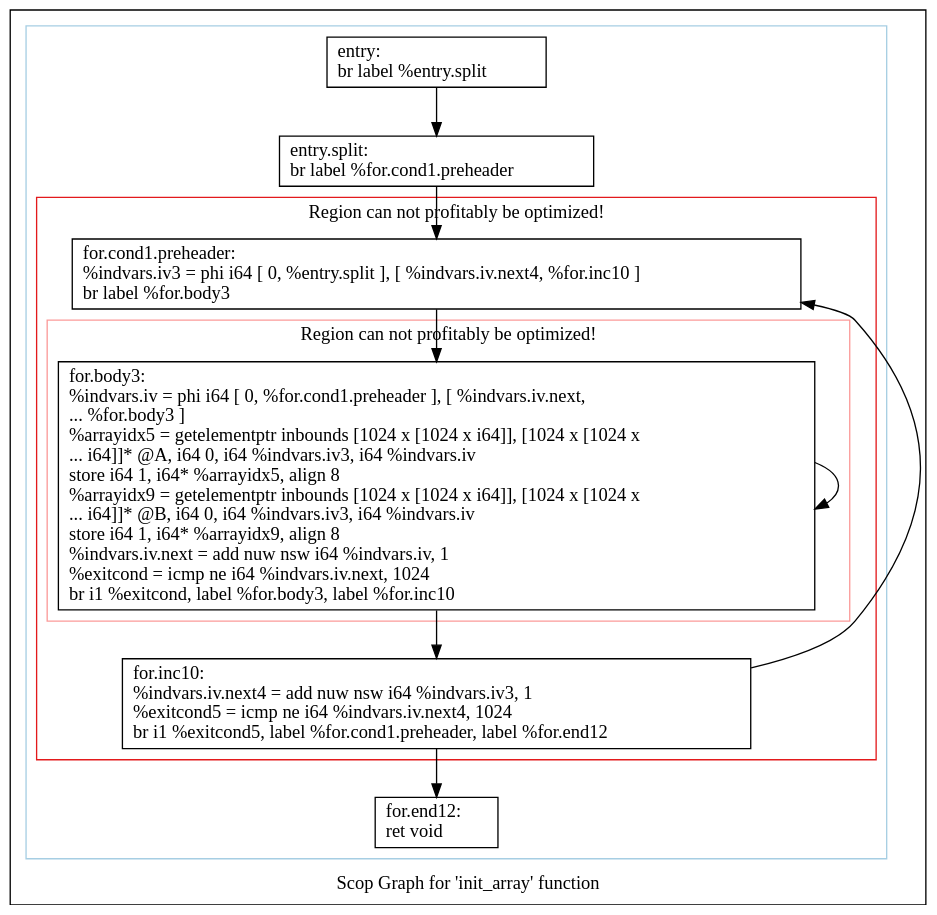
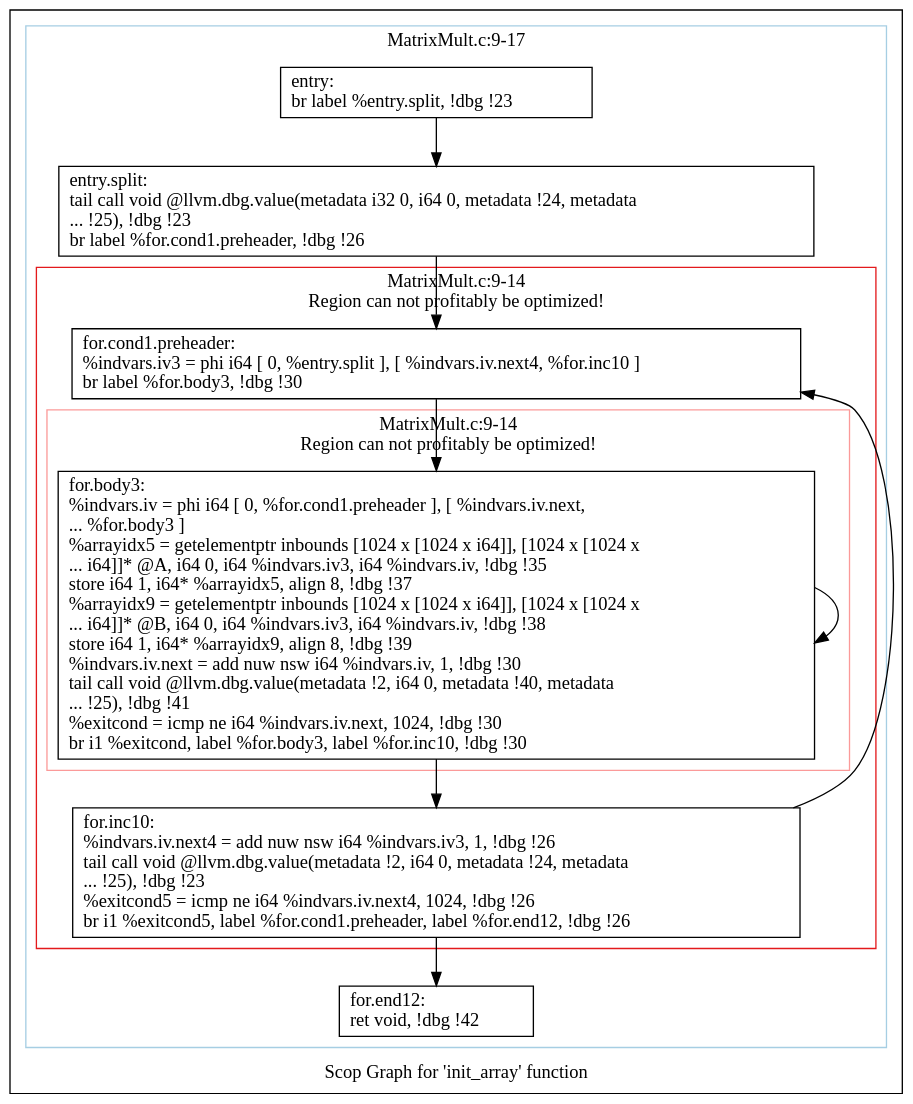
The diagram in polly/MatrixMult/impl/handwritten/dot/scops.init_array.dot (samminweng/WhileyOpenCL), drawn with Graphviz before and after one commit. The commit also changed 63 other files, not shown here.

```diff
--- a/polly/MatrixMult/impl/handwritten/dot/scops.init_array.dot
+++ b/polly/MatrixMult/impl/handwritten/dot/scops.init_array.dot
@@ -1,39 +1,42 @@
 digraph "Scop Graph for 'init_array' function" {
 	label="Scop Graph for 'init_array' function";
 
-	Node0x552d720 [shape=record,label="{entry:\l  br label %entry.split\l}"];
-	Node0x552d720 -> Node0x552e2d0;
-	Node0x552e2d0 [shape=record,label="{entry.split:                                      \l  br label %for.cond1.preheader\l}"];
-	Node0x552e2d0 -> Node0x552e2a0;
-	Node0x552e2a0 [shape=record,label="{for.cond1.preheader:                              \l  %indvars.iv3 = phi i64 [ 0, %entry.split ], [ %indvars.iv.next4, %for.inc10 ]\l  br label %for.body3\l}"];
-	Node0x552e2a0 -> Node0x552e3c0;
-	Node0x552e3c0 [shape=record,label="{for.body3:                                        \l  %indvars.iv = phi i64 [ 0, %for.cond1.preheader ], [ %indvars.iv.next,\l... %for.body3 ]\l  %arrayidx5 = getelementptr inbounds [1024 x [1024 x i64]], [1024 x [1024 x\l... i64]]* @A, i64 0, i64 %indvars.iv3, i64 %indvars.iv\l  store i64 1, i64* %arrayidx5, align 8\l  %arrayidx9 = getelementptr inbounds [1024 x [1024 x i64]], [1024 x [1024 x\l... i64]]* @B, i64 0, i64 %indvars.iv3, i64 %indvars.iv\l  store i64 1, i64* %arrayidx9, align 8\l  %indvars.iv.next = add nuw nsw i64 %indvars.iv, 1\l  %exitcond = icmp ne i64 %indvars.iv.next, 1024\l  br i1 %exitcond, label %for.body3, label %for.inc10\l}"];
-	Node0x552e3c0 -> Node0x552e3c0[constraint=false];
-	Node0x552e3c0 -> Node0x552e3e0;
-	Node0x552e3e0 [shape=record,label="{for.inc10:                                        \l  %indvars.iv.next4 = add nuw nsw i64 %indvars.iv3, 1\l  %exitcond5 = icmp ne i64 %indvars.iv.next4, 1024\l  br i1 %exitcond5, label %for.cond1.preheader, label %for.end12\l}"];
-	Node0x552e3e0 -> Node0x552e2a0[constraint=false];
-	Node0x552e3e0 -> Node0x552dbe0;
-	Node0x552dbe0 [shape=record,label="{for.end12:                                        \l  ret void\l}"];
+	Node0x5de7280 [shape=record,label="{entry:\l  br label %entry.split, !dbg !23\l}"];
+	Node0x5de7280 -> Node0x5de1830;
+	Node0x5de1830 [shape=record,label="{entry.split:                                      \l  tail call void @llvm.dbg.value(metadata i32 0, i64 0, metadata !24, metadata\l... !25), !dbg !23\l  br label %for.cond1.preheader, !dbg !26\l}"];
+	Node0x5de1830 -> Node0x5ddbc90;
+	Node0x5ddbc90 [shape=record,label="{for.cond1.preheader:                              \l  %indvars.iv3 = phi i64 [ 0, %entry.split ], [ %indvars.iv.next4, %for.inc10 ]\l  br label %for.body3, !dbg !30\l}"];
+	Node0x5ddbc90 -> Node0x5dd8060;
+	Node0x5dd8060 [shape=record,label="{for.body3:                                        \l  %indvars.iv = phi i64 [ 0, %for.cond1.preheader ], [ %indvars.iv.next,\l... %for.body3 ]\l  %arrayidx5 = getelementptr inbounds [1024 x [1024 x i64]], [1024 x [1024 x\l... i64]]* @A, i64 0, i64 %indvars.iv3, i64 %indvars.iv, !dbg !35\l  store i64 1, i64* %arrayidx5, align 8, !dbg !37\l  %arrayidx9 = getelementptr inbounds [1024 x [1024 x i64]], [1024 x [1024 x\l... i64]]* @B, i64 0, i64 %indvars.iv3, i64 %indvars.iv, !dbg !38\l  store i64 1, i64* %arrayidx9, align 8, !dbg !39\l  %indvars.iv.next = add nuw nsw i64 %indvars.iv, 1, !dbg !30\l  tail call void @llvm.dbg.value(metadata !2, i64 0, metadata !40, metadata\l... !25), !dbg !41\l  %exitcond = icmp ne i64 %indvars.iv.next, 1024, !dbg !30\l  br i1 %exitcond, label %for.body3, label %for.inc10, !dbg !30\l}"];
+	Node0x5dd8060 -> Node0x5dd8060[constraint=false];
+	Node0x5dd8060 -> Node0x5de17f0;
+	Node0x5de17f0 [shape=record,label="{for.inc10:                                        \l  %indvars.iv.next4 = add nuw nsw i64 %indvars.iv3, 1, !dbg !26\l  tail call void @llvm.dbg.value(metadata !2, i64 0, metadata !24, metadata\l... !25), !dbg !23\l  %exitcond5 = icmp ne i64 %indvars.iv.next4, 1024, !dbg !26\l  br i1 %exitcond5, label %for.cond1.preheader, label %for.end12, !dbg !26\l}"];
+	Node0x5de17f0 -> Node0x5ddbc90[constraint=false];
+	Node0x5de17f0 -> Node0x5de1810;
+	Node0x5de1810 [shape=record,label="{for.end12:                                        \l  ret void, !dbg !42\l}"];
 	colorscheme = "paired12"
-        subgraph cluster_0x551f630 {
-          label = "";
+        subgraph cluster_0x5de4b10 {
+          label = "MatrixMult.c:9-17
+";
           style = solid;
           color = 1
-          subgraph cluster_0x551f7b0 {
-            label = "Region can not profitably be optimized!";
+          subgraph cluster_0x5de7f00 {
+            label = "MatrixMult.c:9-14
+Region can not profitably be optimized!";
             style = solid;
             color = 6
-            subgraph cluster_0x551f930 {
-              label = "Region can not profitably be optimized!";
+            subgraph cluster_0x5de5490 {
+              label = "MatrixMult.c:9-14
+Region can not profitably be optimized!";
               style = solid;
               color = 5
-              Node0x552e3c0;
+              Node0x5dd8060;
             }
-            Node0x552e2a0;
-            Node0x552e3e0;
+            Node0x5ddbc90;
+            Node0x5de17f0;
           }
-          Node0x552d720;
-          Node0x552e2d0;
-          Node0x552dbe0;
+          Node0x5de7280;
+          Node0x5de1830;
+          Node0x5de1810;
         }
 }
```
